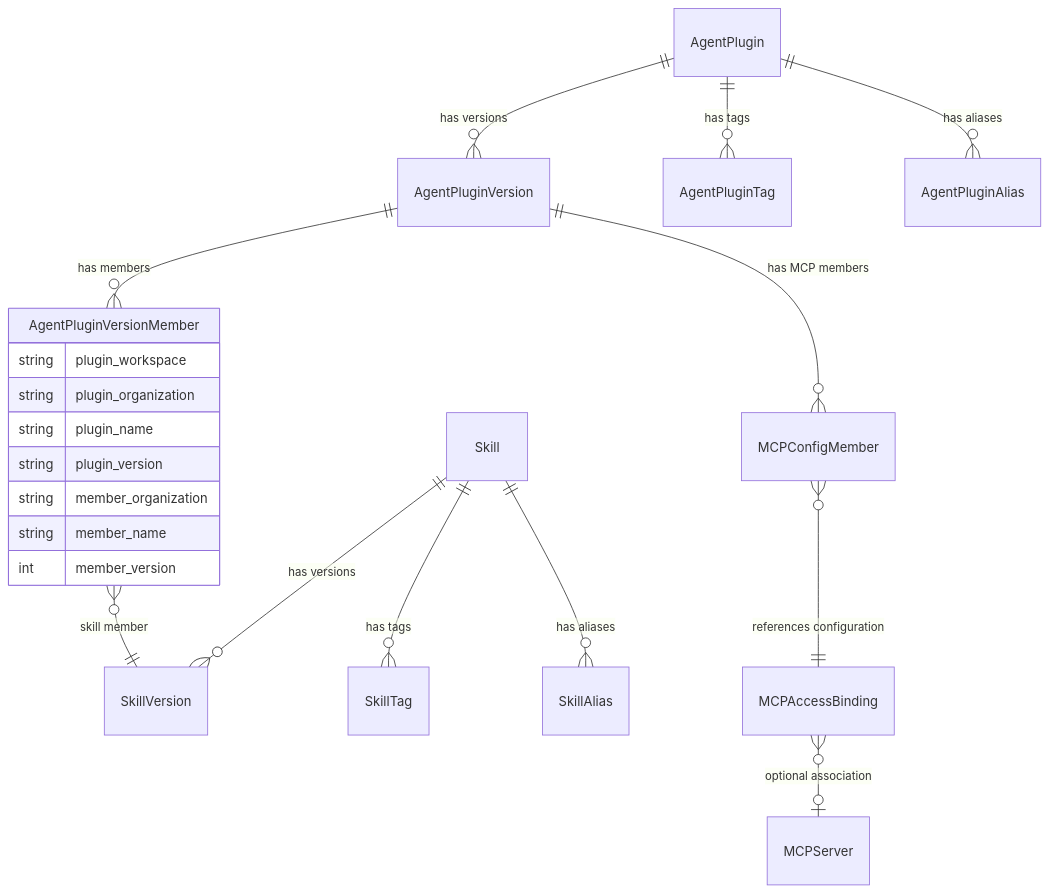
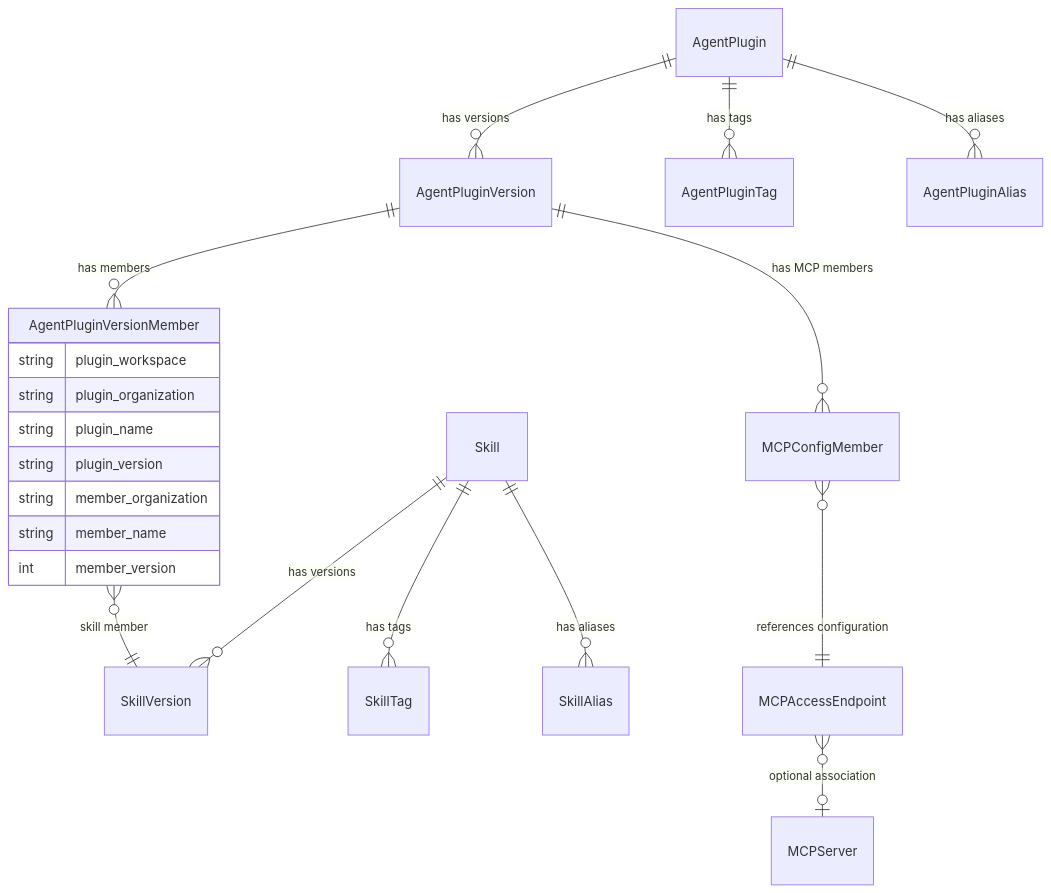
Before and after one commit to mlflow/rfcs: the first of 2 diagrams in rfcs/0008-mvp-skill-registry/0008-mvp-skill-registry.md, drawn with Mermaid. The commit also changed other lines of this file and 1 other file, not shown here.

````diff
--- a/rfcs/0008-mvp-skill-registry/0008-mvp-skill-registry.md
+++ b/rfcs/0008-mvp-skill-registry/0008-mvp-skill-registry.md
@@ -544,24 +544,24 @@
 ```mermaid
 erDiagram
 Skill ||--o{ SkillVersion : "has versions"
 Skill ||--o{ SkillTag : "has tags"
 Skill ||--o{ SkillAlias : "has aliases"
 AgentPlugin ||--o{ AgentPluginVersion : "has versions"
 AgentPlugin ||--o{ AgentPluginTag : "has tags"
 AgentPlugin ||--o{ AgentPluginAlias : "has aliases"
 AgentPluginVersion ||--o{ AgentPluginVersionMember : "has members"
 AgentPluginVersionMember }o--|| SkillVersion : "skill member"
 AgentPluginVersion ||--o{ MCPConfigMember : "has MCP members"
-MCPConfigMember }o--|| MCPAccessBinding : "references configuration"
-MCPAccessBinding }o--o| MCPServer : "optional association"
+MCPConfigMember }o--|| MCPAccessEndpoint : "references configuration"
+MCPAccessEndpoint }o--o| MCPServer : "optional association"
 
 AgentPluginVersionMember {
   string plugin_workspace
   string plugin_organization
   string plugin_name
   string plugin_version
   string member_organization
   string member_name
   int member_version
 }
 ```
````
